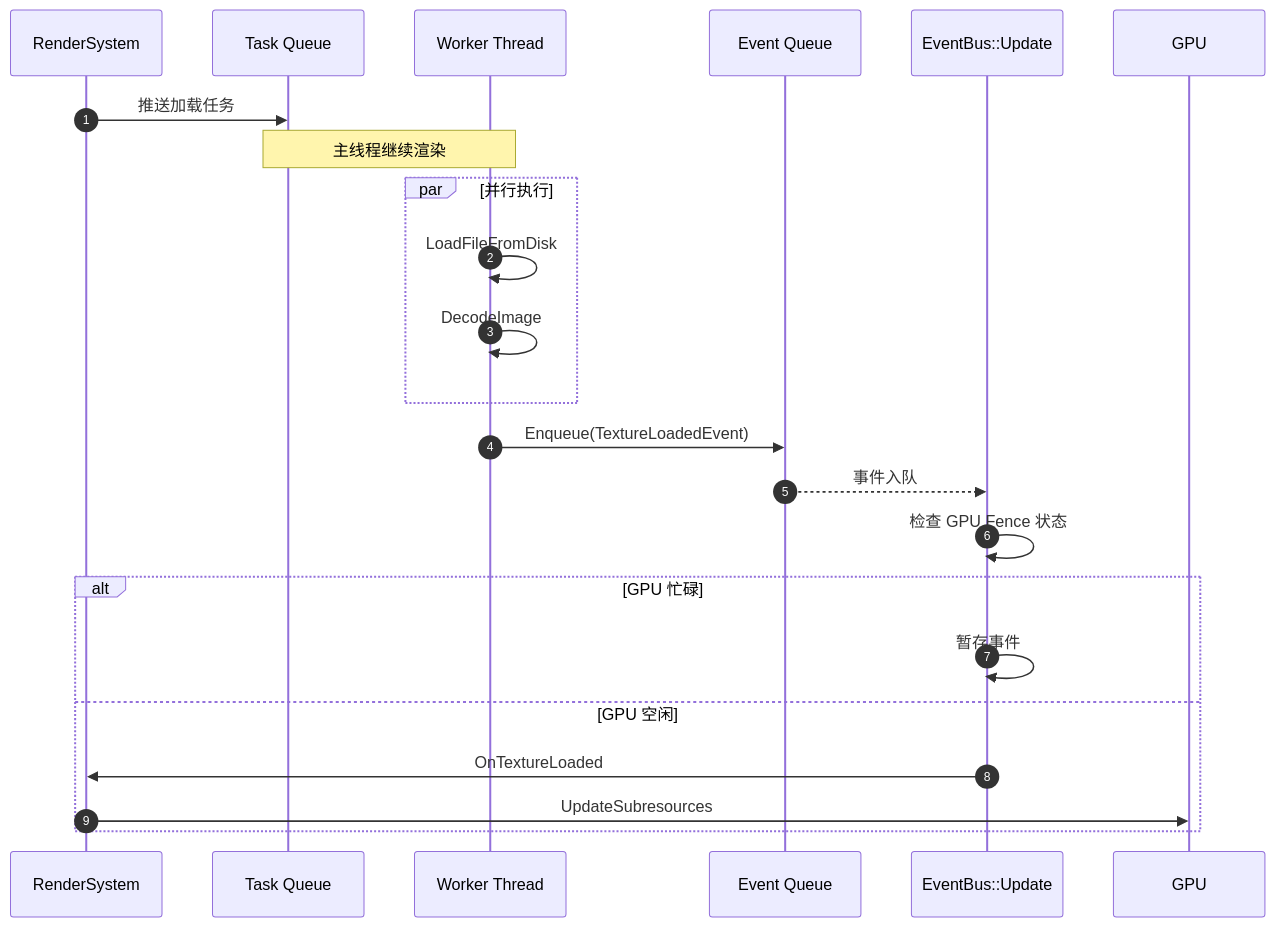
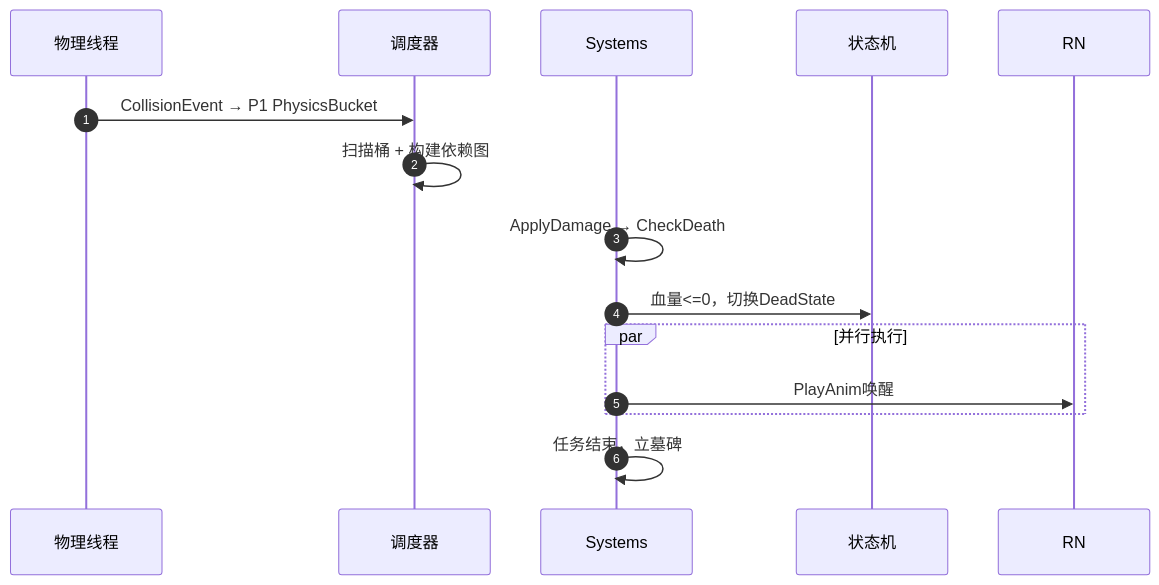
The diagram in src/posts/DX12Engine/EventSystem/EventSystem.md (Gunxzq/blog), drawn with Mermaid before and after one commit. The commit also changed other lines of this file and 7 other files, not shown here.

````diff
--- a/src/posts/DX12Engine/EventSystem/EventSystem.md
+++ b/src/posts/DX12Engine/EventSystem/EventSystem.md
@@ -66,29 +82,17 @@
 ```mermaid
 sequenceDiagram
     autonumber
-    participant RS as RenderSystem
-    participant Q as Task Queue
-    participant WT as Worker Thread
-    participant EQ as Event Queue
-    participant EB as EventBus::Update
-    participant GPU as GPU
+    participant PT as 物理线程
+    participant SC as 调度器
+    participant SYS as Systems
+    participant SM as 状态机
 
-    RS->>Q: 推送加载任务
-    Note over Q,WT: 主线程继续渲染
-
+    PT->>SC: CollisionEvent → P1 PhysicsBucket
+    SC->>SC: 扫描桶 + 构建依赖图
+    SYS->>SYS: ApplyDamage → CheckDeath
+    SYS->>SM: 血量<=0，切换DeadState
     par 并行执行
-        WT->>WT: LoadFileFromDisk
-        WT->>WT: DecodeImage
+        SYS->>RN: PlayAnim唤醒
     end
-
-    WT->>EQ: Enqueue(TextureLoadedEvent)
-    EQ-->>EB: 事件入队
-
-    EB->>EB: 检查 GPU Fence 状态
-    alt GPU 忙碌
-        EB->>EB: 暂存事件
-    else GPU 空闲
-        EB->>RS: OnTextureLoaded
-        RS->>GPU: UpdateSubresources
-    end
+    SYS->>SYS: 任务结束，立墓碑
 ```
````
